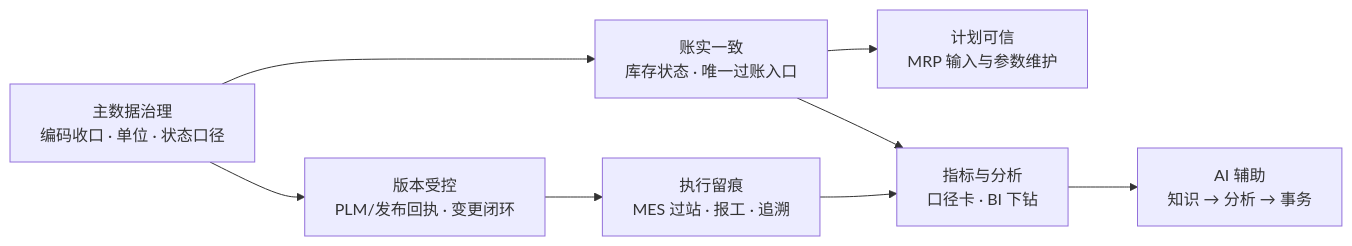
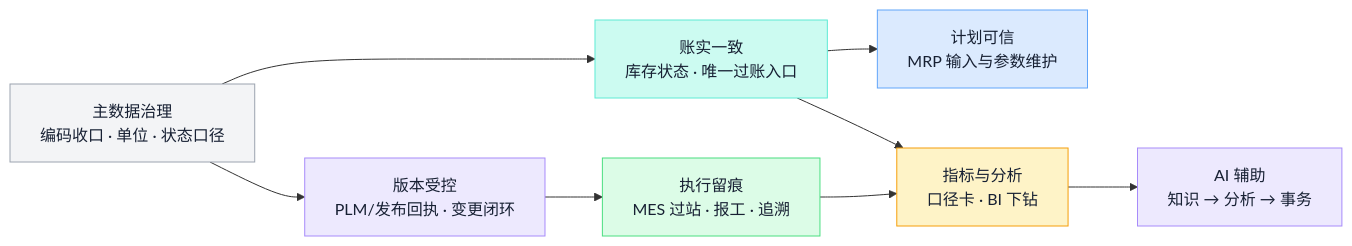
Diagram 16 of 16 in docs/manufacturing-system-handbook.md (ink-hz/AI-Manufacturing-Platform), drawn with Mermaid before and after one commit. The commit also changed other lines of this file, not shown here.

Commit message:
docs: publish maintained handbook diagram colors

````diff
--- a/docs/manufacturing-system-handbook.md
+++ b/docs/manufacturing-system-handbook.md
@@ -793,9 +964,21 @@
 ```mermaid
 flowchart LR
     A[主数据治理<br/>编码收口 · 单位 · 状态口径] --> B[账实一致<br/>库存状态 · 唯一过账入口]
     B --> C[计划可信<br/>MRP 输入与参数维护]
     A --> D[版本受控<br/>PLM/发布回执 · 变更闭环]
     D --> E[执行留痕<br/>MES 过站 · 报工 · 追溯]
     B & E --> F[指标与分析<br/>口径卡 · BI 下钻]
     F --> G[AI 辅助<br/>知识 → 分析 → 事务]
+    class A store
+    class B flow
+    class C biz
+    class D,G eng
+    class E exec
+    class F qa
+    classDef store fill:#F3F4F6,stroke:#9CA3AF,color:#172033;
+    classDef flow fill:#CCFBF1,stroke:#5EEAD4,color:#172033;
+    classDef biz fill:#DBEAFE,stroke:#60A5FA,color:#172033;
+    classDef eng fill:#EDE9FE,stroke:#A78BFA,color:#172033;
+    classDef exec fill:#DCFCE7,stroke:#4ADE80,color:#172033;
+    classDef qa fill:#FEF3C7,stroke:#F59E0B,color:#172033;
 ```
````
